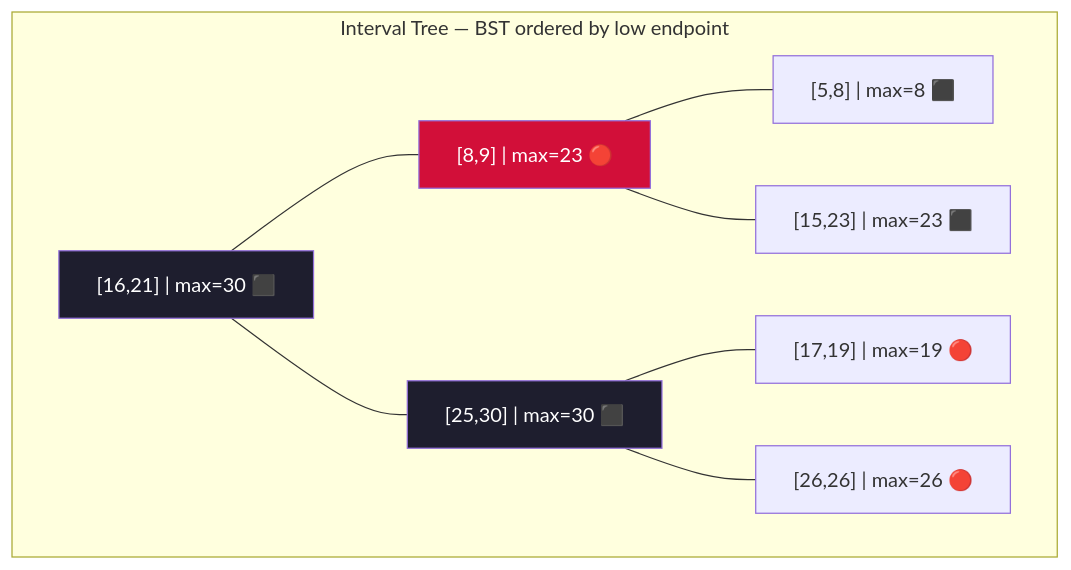
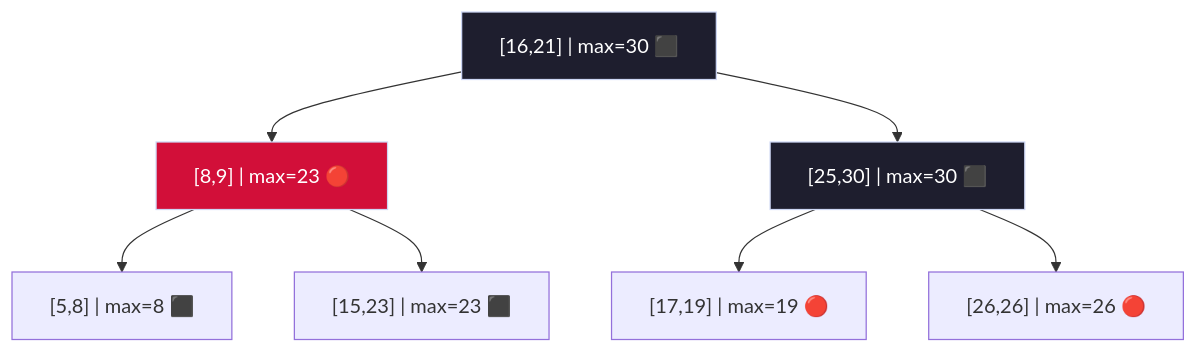
One commit to DeepLumiere/DeepSkills changed diagram 16 of 29 in notes/design_and_analysis_of_algorithms/Unit_04_Advanced_Data_Structures.md. Above: the diagram before and after it, drawn with Mermaid. The commit also changed other lines of this file, not shown here.

````diff
--- a/notes/design_and_analysis_of_algorithms/Unit_04_Advanced_Data_Structures.md
+++ b/notes/design_and_analysis_of_algorithms/Unit_04_Advanced_Data_Structures.md
@@ -336,14 +645,12 @@
 ```mermaid
 flowchart TD
-    subgraph "Interval Tree — BST ordered by low endpoint"
-        Root["[16,21] | max=30 ⬛"] --- L["[8,9] | max=23 🔴"]
-        Root --- R["[25,30] | max=30 ⬛"]
-        L --- LL["[5,8] | max=8 ⬛"]
-        L --- LR["[15,23] | max=23 ⬛"]
-        R --- RL["[17,19] | max=19 🔴"]
-        R --- RR["[26,26] | max=26 🔴"]
-        style Root fill:#1e1e2e,color:#fff
-        style L fill:#d20f39,color:#fff
-        style R fill:#1e1e2e,color:#fff
-    end
+    Root["[16,21] | max=30 ⬛"] --> L["[8,9] | max=23 🔴"]
+    Root --> R["[25,30] | max=30 ⬛"]
+    L --> LL["[5,8] | max=8 ⬛"]
+    L --> LR["[15,23] | max=23 ⬛"]
+    R --> RL["[17,19] | max=19 🔴"]
+    R --> RR["[26,26] | max=26 🔴"]
+    style Root fill:#1e1e2e,color:#fff,stroke:#cdd6f4
+    style L fill:#d20f39,color:#fff,stroke:#cdd6f4
+    style R fill:#1e1e2e,color:#fff,stroke:#cdd6f4
 ```
````
